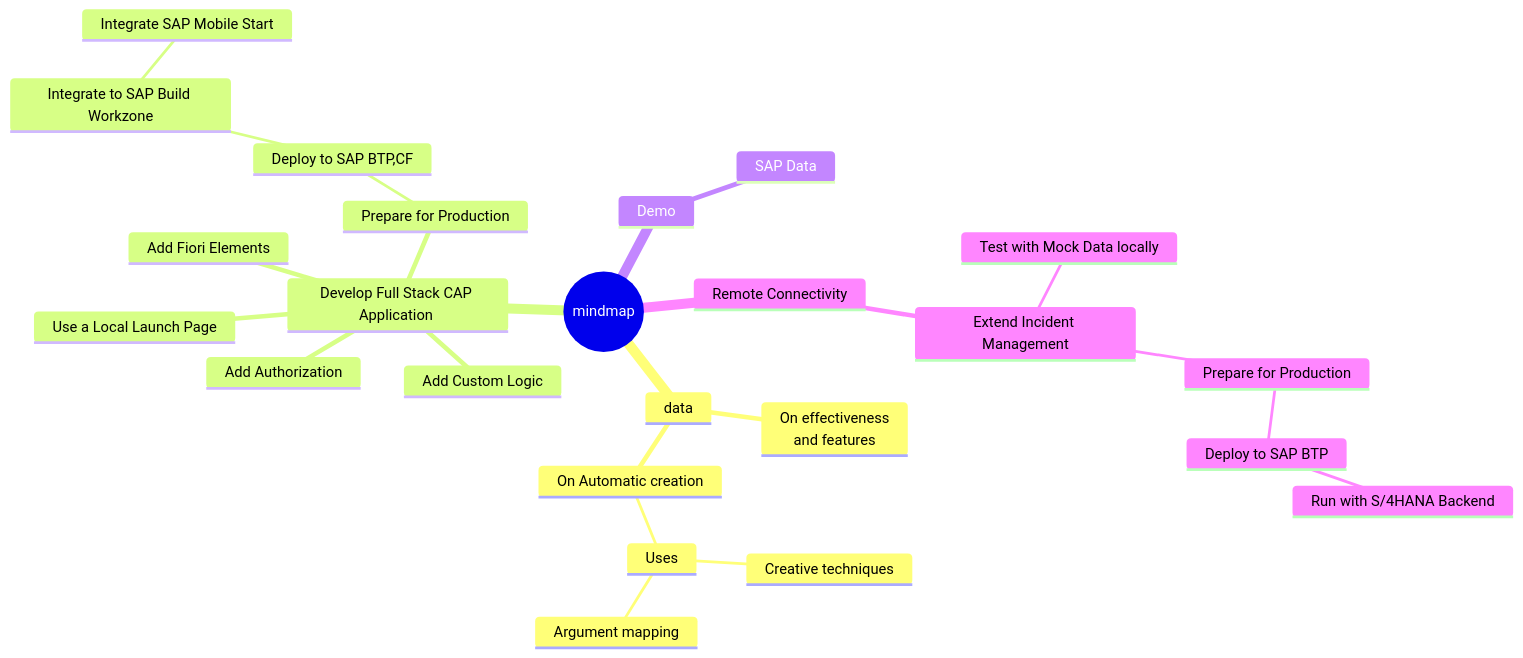
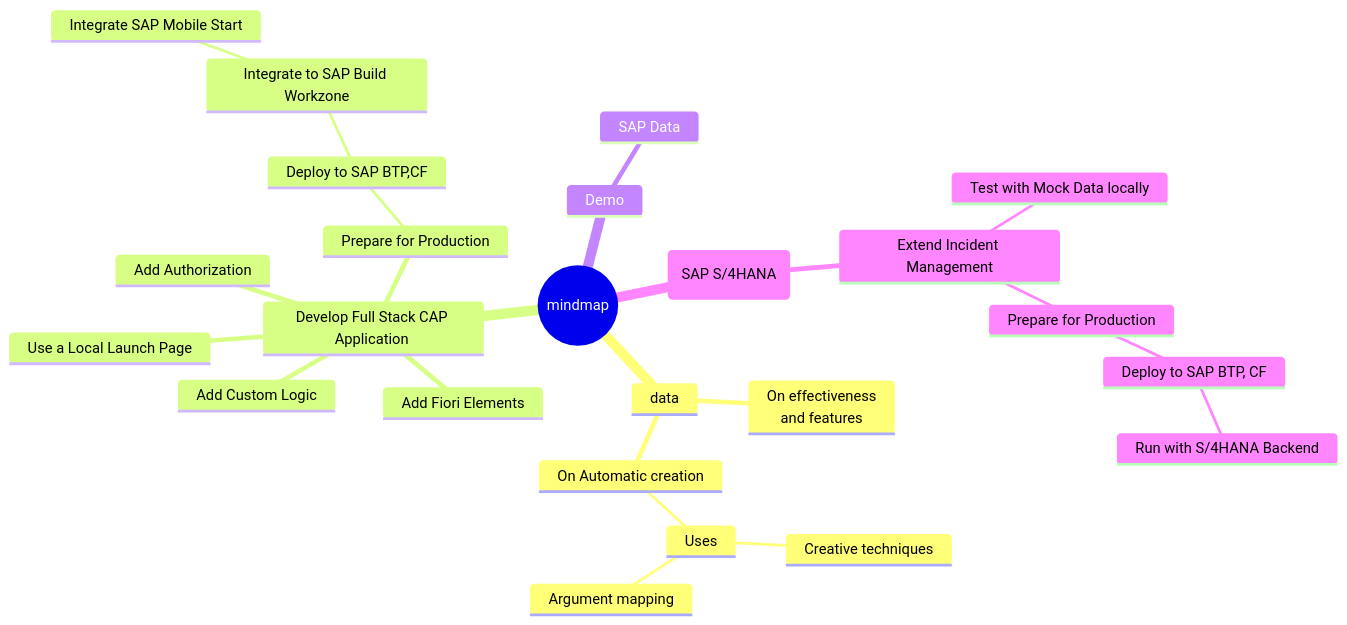
Before and after one commit to ejazsyed/validation-issue: the first of 4 diagrams in README.md, drawn with Mermaid.

````diff
--- a/README.md
+++ b/README.md
@@ -7,28 +7,28 @@
 ```mermaid
    mindmap
   root((mindmap))
     data
       On effectiveness<br/>and features
       On Automatic creation
         Uses
             Creative techniques
             Argument mapping
     Develop Full Stack CAP Application 
       Add Custom Logic
       Add Fiori Elements
       Use a Local Launch Page
       Add Authorization
       Prepare for Production
         Deploy to SAP BTP,CF
           Integrate to SAP Build Workzone
             Integrate SAP Mobile Start
     Demo
       SAP Data
-    Remote Connectivity
+    Inplement Remote Connectivity(SAP S/4HANA)
       Extend Incident Management
         Test with Mock Data locally
         Prepare for Production
-          Deploy to SAP BTP
+          Deploy to SAP BTP, CF
             Run with S/4HANA Backend 
 
 ```
````
